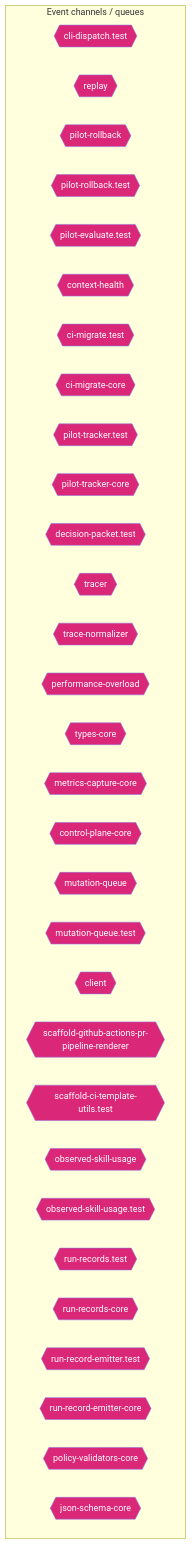
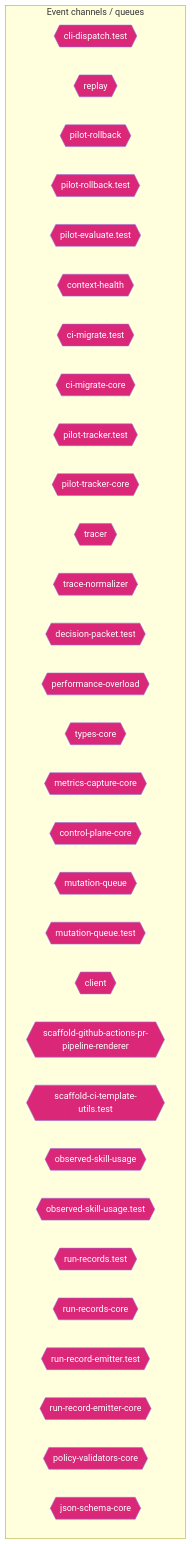
One commit to jscraik/coding-harness changed the ninth of 14 diagrams in AI/context/diagram-context.md. Above: the diagram before and after it, drawn with Mermaid. The commit also changed other lines of this file, not shown here.

First line of the commit message:
docs(diagram): refresh architecture context artifacts

````diff
--- a/AI/context/diagram-context.md
+++ b/AI/context/diagram-context.md
@@ -1563,38 +1562,38 @@
 ```mermaid
 flowchart TD
   subgraph Channels["Event channels / queues"]
     cli_dispatch_test_54c9f17b{{"cli-dispatch.test"}}
     replay_ac203c98{{"replay"}}
     pilot_rollback_00c1f82c{{"pilot-rollback"}}
     pilot_rollback_test_e61d5a2b{{"pilot-rollback.test"}}
     pilot_evaluate_test_a2ac06fc{{"pilot-evaluate.test"}}
     context_health_80bb7da9{{"context-health"}}
     ci_migrate_test_2a015bb9{{"ci-migrate.test"}}
     ci_migrate_core_7005b5af{{"ci-migrate-core"}}
     pilot_tracker_test_80398a66{{"pilot-tracker.test"}}
     pilot_tracker_core_80d8ac96{{"pilot-tracker-core"}}
-    decision_packet_test_9ea0e97b{{"decision-packet.test"}}
     tracer_1e6243a2{{"tracer"}}
     trace_normalizer_cb1be1d2{{"trace-normalizer"}}
+    decision_packet_test_9ea0e97b{{"decision-packet.test"}}
     performance_overload_c685bfcf{{"performance-overload"}}
     types_core_e405ddca{{"types-core"}}
     metrics_capture_core_db4bf7cf{{"metrics-capture-core"}}
     control_plane_core_db3b4cb2{{"control-plane-core"}}
     mutation_queue_ce5a530e{{"mutation-queue"}}
     mutation_queue_test_10b599e8{{"mutation-queue.test"}}
     client_1_914e1681{{"client"}}
     scaffold_github_actions_pr_pipeline_renderer_1ee18de5{{"scaffold-github-actions-pr-pipeline-renderer"}}
     scaffold_ci_template_utils_test_b94825d9{{"scaffold-ci-template-utils.test"}}
     observed_skill_usage_ed7d5930{{"observed-skill-usage"}}
     observed_skill_usage_test_311c215a{{"observed-skill-usage.test"}}
     run_records_test_3ee6a0e3{{"run-records.test"}}
     run_records_core_89286dfa{{"run-records-core"}}
     run_record_emitter_test_5475c0da{{"run-record-emitter.test"}}
     run_record_emitter_core_688049d5{{"run-record-emitter-core"}}
     policy_validators_core_714a3fe7{{"policy-validators-core"}}
     json_schema_core_96d7e328{{"json-schema-core"}}
   end
   classDef eventNode fill:#db2777,color:#fff
-  class cli_dispatch_test_54c9f17b,replay_ac203c98,pilot_rollback_00c1f82c,pilot_rollback_test_e61d5a2b,pilot_evaluate_test_a2ac06fc,context_health_80bb7da9,ci_migrate_test_2a015bb9,ci_migrate_core_7005b5af,pilot_tracker_test_80398a66,pilot_tracker_core_80d8ac96,decision_packet_test_9ea0e97b,tracer_1e6243a2,trace_normalizer_cb1be1d2,performance_overload_c685bfcf,types_core_e405ddca,metrics_capture_core_db4bf7cf,control_plane_core_db3b4cb2,mutation_queue_ce5a530e,mutation_queue_test_10b599e8,client_1_914e1681,scaffold_github_actions_pr_pipeline_renderer_1ee18de5,scaffold_ci_template_utils_test_b94825d9,observed_skill_usage_ed7d5930,observed_skill_usage_test_311c215a,run_records_test_3ee6a0e3,run_records_core_89286dfa,run_record_emitter_test_5475c0da,run_record_emitter_core_688049d5,policy_validators_core_714a3fe7,json_schema_core_96d7e328 eventNode
+  class cli_dispatch_test_54c9f17b,replay_ac203c98,pilot_rollback_00c1f82c,pilot_rollback_test_e61d5a2b,pilot_evaluate_test_a2ac06fc,context_health_80bb7da9,ci_migrate_test_2a015bb9,ci_migrate_core_7005b5af,pilot_tracker_test_80398a66,pilot_tracker_core_80d8ac96,tracer_1e6243a2,trace_normalizer_cb1be1d2,decision_packet_test_9ea0e97b,performance_overload_c685bfcf,types_core_e405ddca,metrics_capture_core_db4bf7cf,control_plane_core_db3b4cb2,mutation_queue_ce5a530e,mutation_queue_test_10b599e8,client_1_914e1681,scaffold_github_actions_pr_pipeline_renderer_1ee18de5,scaffold_ci_template_utils_test_b94825d9,observed_skill_usage_ed7d5930,observed_skill_usage_test_311c215a,run_records_test_3ee6a0e3,run_records_core_89286dfa,run_record_emitter_test_5475c0da,run_record_emitter_core_688049d5,policy_validators_core_714a3fe7,json_schema_core_96d7e328 eventNode
 
 ```
````
